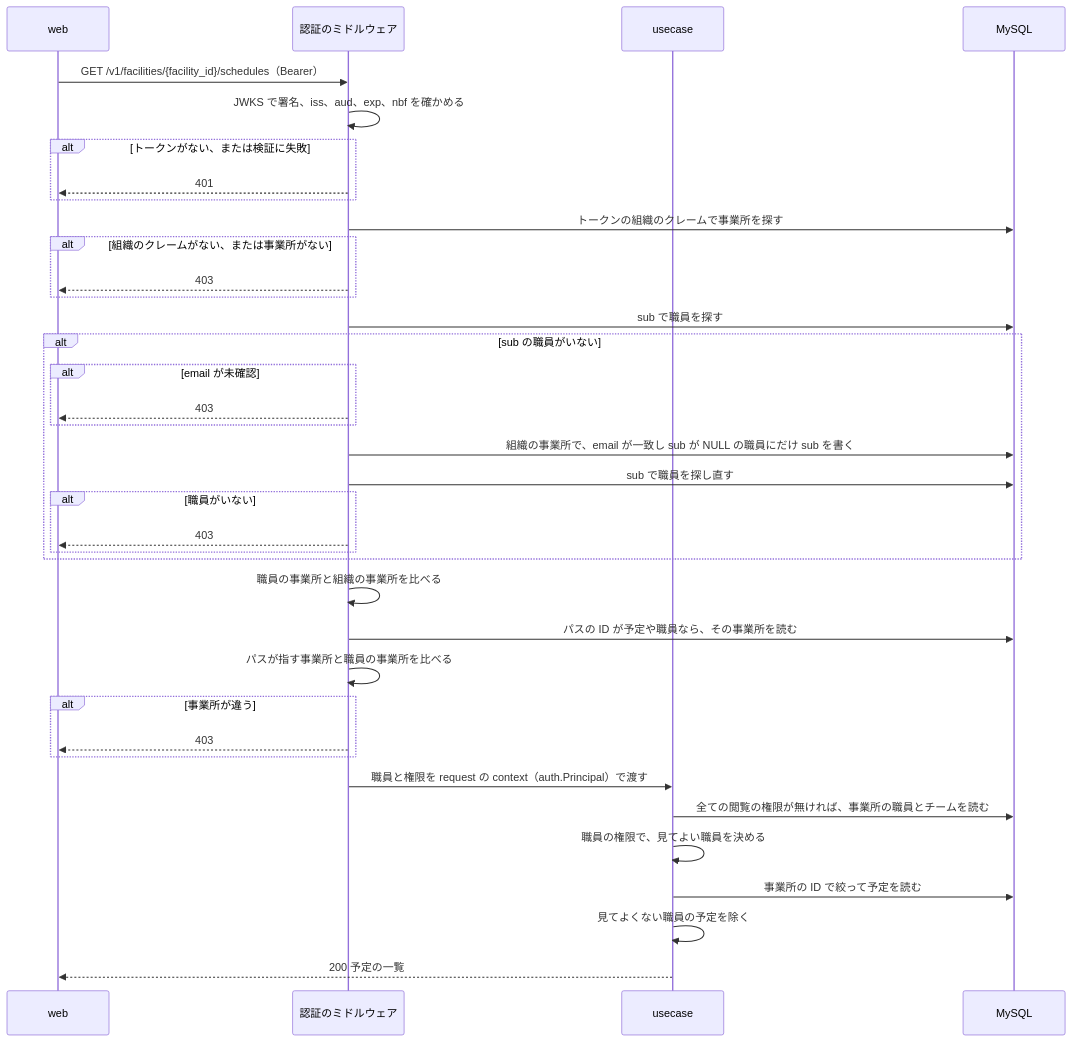
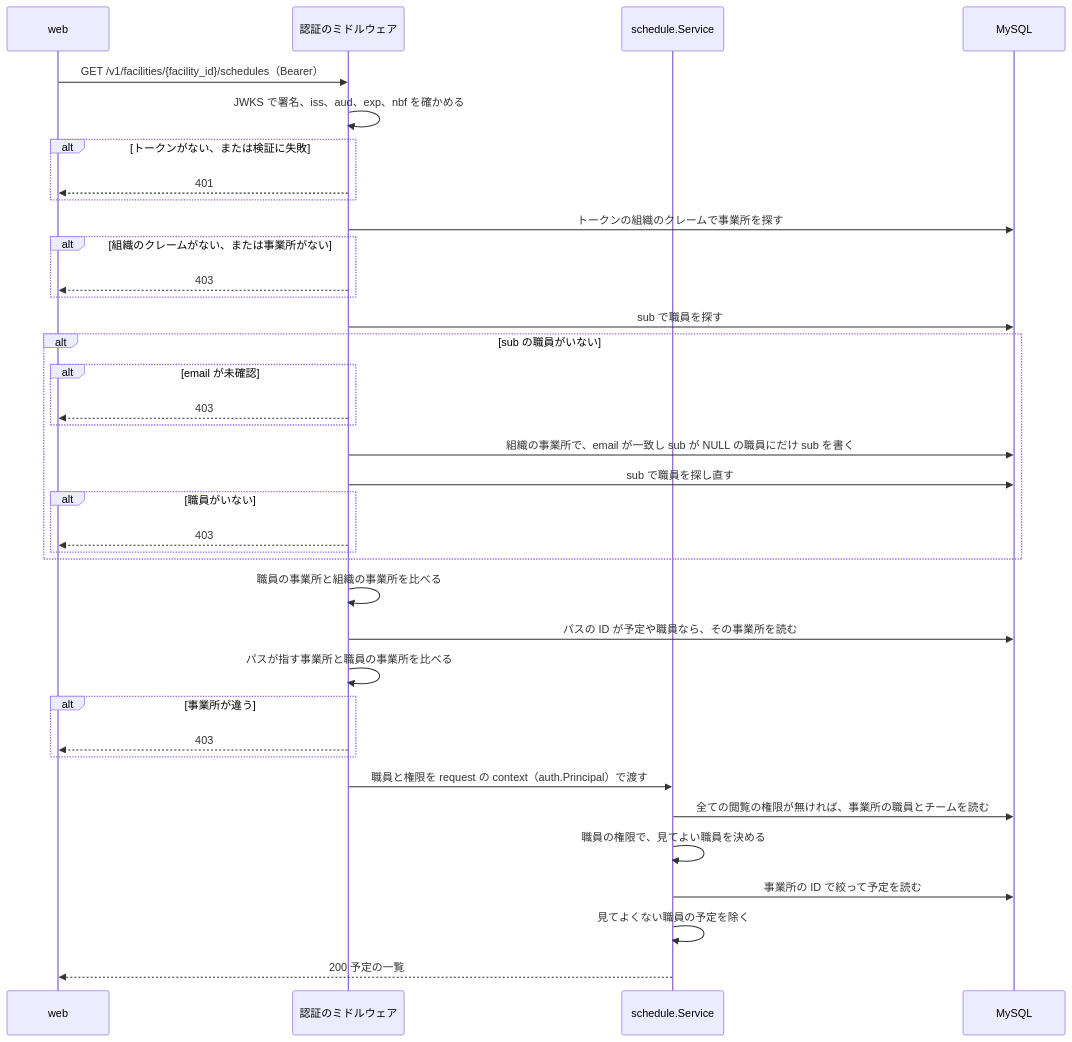
The second of 2 diagrams in apps/schedule-api/DesignDoc.md (Fukuemon/buddy), drawn with Mermaid before and after one commit. The commit also changed other lines of this file and 7 other files, not shown here.

````diff
--- a/apps/schedule-api/DesignDoc.md
+++ b/apps/schedule-api/DesignDoc.md
@@ -256,40 +261,40 @@
 ```mermaid
 sequenceDiagram
   participant W as web
   participant M as 認証のミドルウェア
-  participant U as usecase
+  participant U as schedule.Service
   participant DB as MySQL
 
   W->>M: GET /v1/facilities/{facility_id}/schedules（Bearer）
   M->>M: JWKS で署名、iss、aud、exp、nbf を確かめる
   alt トークンがない、または検証に失敗
     M-->>W: 401
   end
   M->>DB: トークンの組織のクレームで事業所を探す
   alt 組織のクレームがない、または事業所がない
     M-->>W: 403
   end
   M->>DB: sub で職員を探す
   alt sub の職員がいない
     alt email が未確認
       M-->>W: 403
     end
     M->>DB: 組織の事業所で、email が一致し sub が NULL の職員にだけ sub を書く
     M->>DB: sub で職員を探し直す
     alt 職員がいない
       M-->>W: 403
     end
   end
   M->>M: 職員の事業所と組織の事業所を比べる
   M->>DB: パスの ID が予定や職員なら、その事業所を読む
   M->>M: パスが指す事業所と職員の事業所を比べる
   alt 事業所が違う
     M-->>W: 403
   end
   M->>U: 職員と権限を request の context（auth.Principal）で渡す
   U->>DB: 全ての閲覧の権限が無ければ、事業所の職員とチームを読む
   U->>U: 職員の権限で、見てよい職員を決める
   U->>DB: 事業所の ID で絞って予定を読む
   U->>U: 見てよくない職員の予定を除く
   U-->>W: 200 予定の一覧
 ```
````
